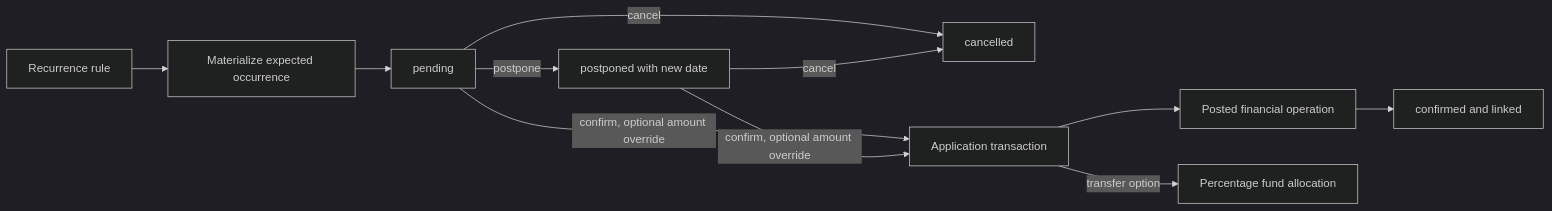
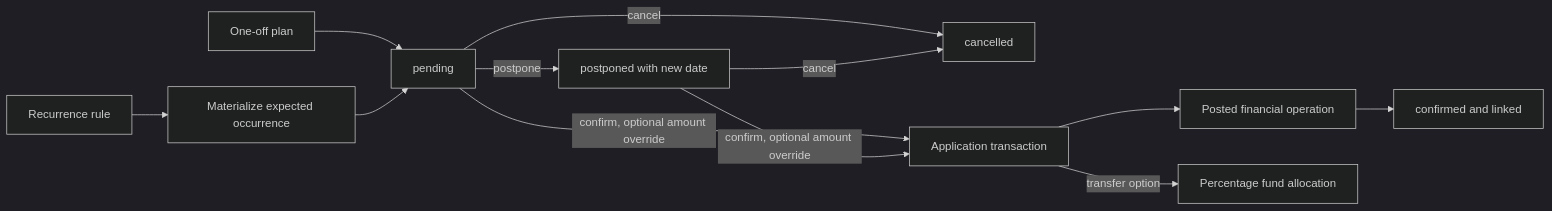
One commit to Gollardo/hermes changed the sixth of 8 diagrams in docs/architecture/data-flow.md. Above: the diagram before and after it, drawn with Mermaid (dark theme). The commit also changed other lines of this file and 31 other files, not shown here.

Commit message:
feat: add one-off plans and enforce future operation scheduling

````diff
--- a/docs/architecture/data-flow.md
+++ b/docs/architecture/data-flow.md
@@ -154,13 +154,14 @@
 ```mermaid
 flowchart LR
     Rule["Recurrence rule"] --> Generate["Materialize expected occurrence"]
+    OneOff["One-off plan"] --> Pending
     Generate --> Pending["pending"]
     Pending -->|postpone| Postponed["postponed with new date"]
     Pending -->|cancel| Cancelled["cancelled"]
     Postponed -->|cancel| Cancelled
     Pending -->|confirm, optional amount override| Tx["Application transaction"]
     Postponed -->|confirm, optional amount override| Tx
     Tx --> Actual["Posted financial operation"]
     Tx -->|transfer option| Allocation["Percentage fund allocation"]
     Actual --> Confirmed["confirmed and linked"]
 ```
````
